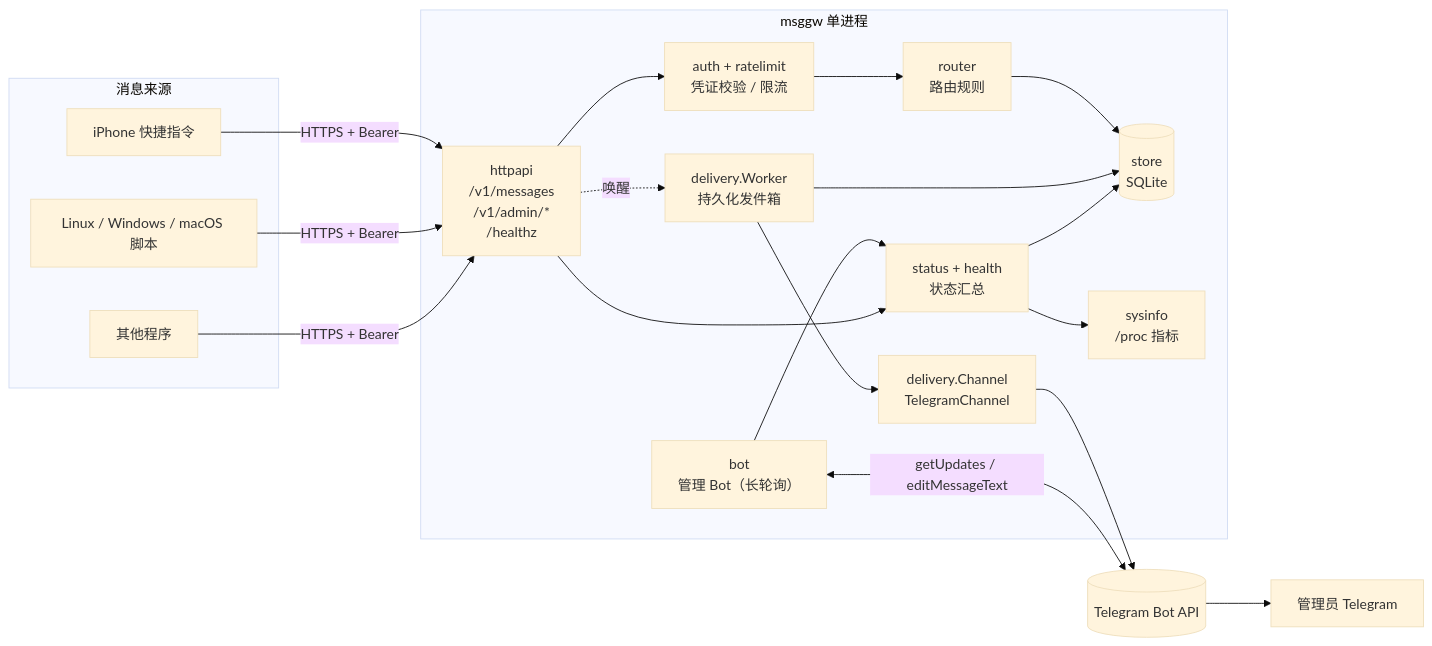
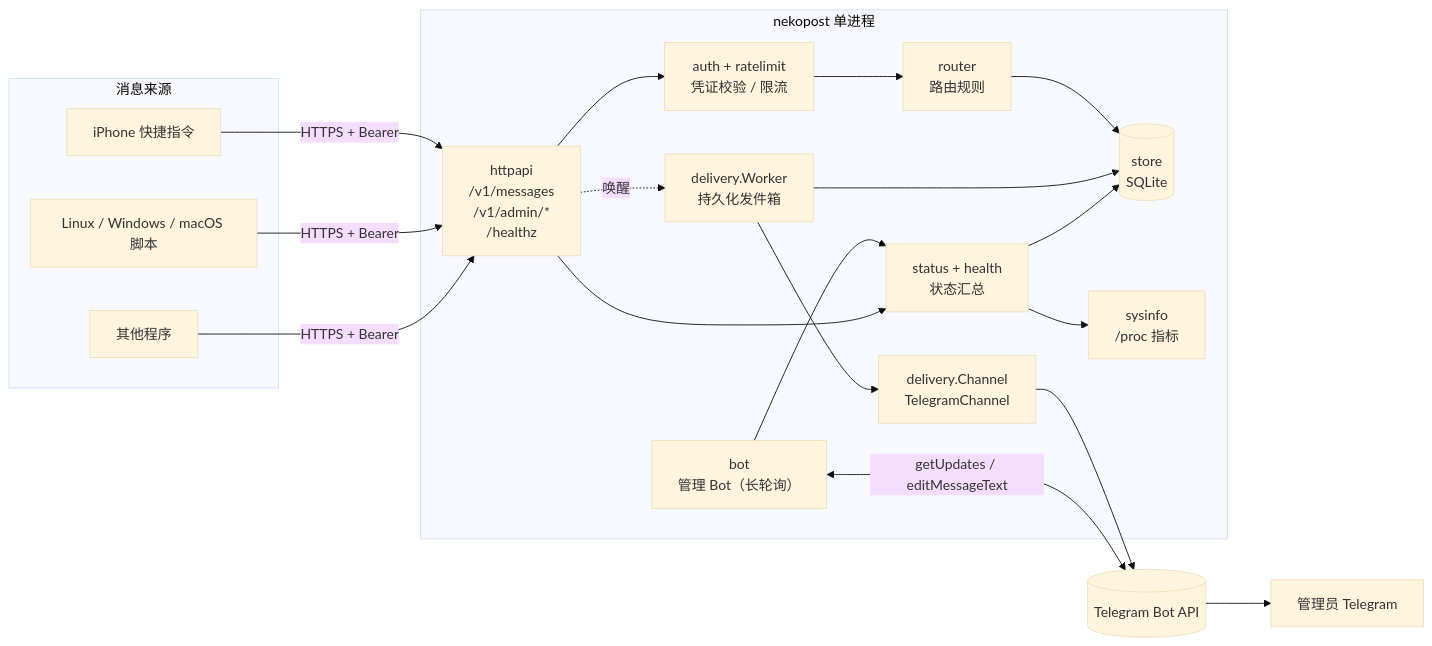
The first of 2 diagrams in docs/architecture.md (imdrinkcat/nekopost), drawn with Mermaid (base theme) before and after one commit. The commit also changed other lines of this file and 52 other files, not shown here.

First line of the commit message:
Rename project from msggw to Nekopost

````diff
--- a/docs/architecture.md
+++ b/docs/architecture.md
@@ -7,34 +7,34 @@
 ```mermaid
 flowchart LR
     subgraph Sources[消息来源]
         A1[iPhone 快捷指令]
         A2[Linux / Windows / macOS 脚本]
         A3[其他程序]
     end
 
-    subgraph msggw[msggw 单进程]
+    subgraph nekopost[nekopost 单进程]
         H[httpapi<br/>/v1/messages<br/>/v1/admin/*<br/>/healthz]
         AU[auth + ratelimit<br/>凭证校验 / 限流]
         R[router<br/>路由规则]
         S[(store<br/>SQLite)]
         W[delivery.Worker<br/>持久化发件箱]
         C[delivery.Channel<br/>TelegramChannel]
         B[bot<br/>管理 Bot（长轮询）]
         ST[status + health<br/>状态汇总]
         SY[sysinfo<br/>/proc 指标]
     end
 
     TG[(Telegram Bot API)]
     ADM[管理员 Telegram]
 
     A1 & A2 & A3 -- HTTPS + Bearer --> H
     H --> AU --> R --> S
     H -. 唤醒 .-> W
     W --> S
     W --> C --> TG --> ADM
     B <-- getUpdates / editMessageText --> TG
     B --> ST
     H --> ST
     ST --> S
     ST --> SY
 ```
````
